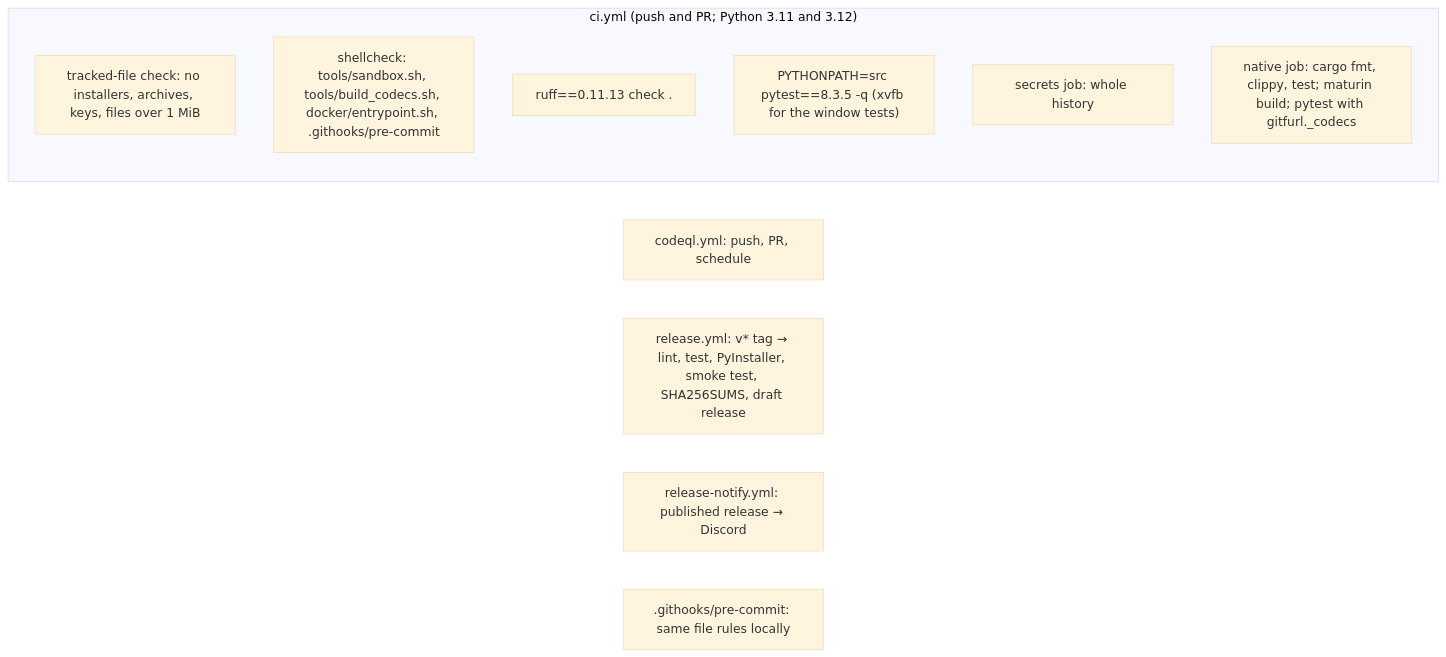
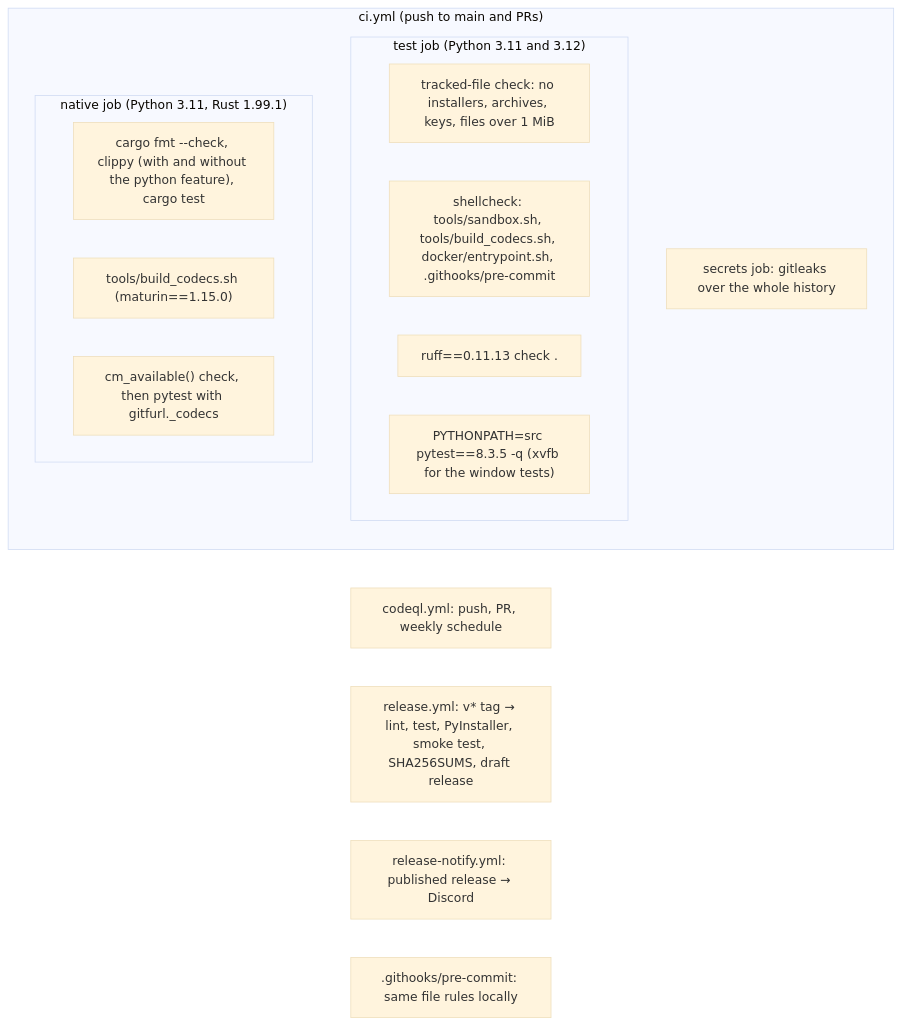
The sixth of 6 diagrams in docs/code-map.md (undecuple/gitfurl), drawn with Mermaid (base theme) before and after one commit. The commit also changed other lines of this file and 5 other files, not shown here.

````diff
--- a/docs/code-map.md
+++ b/docs/code-map.md
@@ -197,15 +229,21 @@
 ```mermaid
 flowchart LR
-  subgraph ci["ci.yml (push and PR; Python 3.11 and 3.12)"]
-    c1["tracked-file check: no installers, archives, keys, files over 1 MiB"]
-    c2["shellcheck: tools/sandbox.sh, tools/build_codecs.sh, docker/entrypoint.sh, .githooks/pre-commit"]
-    c3["ruff==0.11.13 check ."]
-    c4["PYTHONPATH=src pytest==8.3.5 -q (xvfb for the window tests)"]
-    c5["secrets job: whole history"]
-    c6["native job: cargo fmt, clippy, test; maturin build; pytest with gitfurl._codecs"]
+  subgraph ci["ci.yml (push to main and PRs)"]
+    subgraph test["test job (Python 3.11 and 3.12)"]
+      c1["tracked-file check: no installers, archives, keys, files over 1 MiB"]
+      c2["shellcheck: tools/sandbox.sh, tools/build_codecs.sh, docker/entrypoint.sh, .githooks/pre-commit"]
+      c3["ruff==0.11.13 check ."]
+      c4["PYTHONPATH=src pytest==8.3.5 -q (xvfb for the window tests)"]
+    end
+    subgraph nat["native job (Python 3.11, Rust 1.99.1)"]
+      n1["cargo fmt --check, clippy (with and without the python feature), cargo test"]
+      n2["tools/build_codecs.sh (maturin==1.15.0)"]
+      n3["cm_available() check, then pytest with gitfurl._codecs"]
+    end
+    c5["secrets job: gitleaks over the whole history"]
   end
-  codeql["codeql.yml: push, PR, schedule"]
+  codeql["codeql.yml: push, PR, weekly schedule"]
   rel["release.yml: v* tag → lint, test, PyInstaller, smoke test, SHA256SUMS, draft release"]
   notify["release-notify.yml: published release → Discord"]
   hook[".githooks/pre-commit: same file rules locally"]
 ```
````
